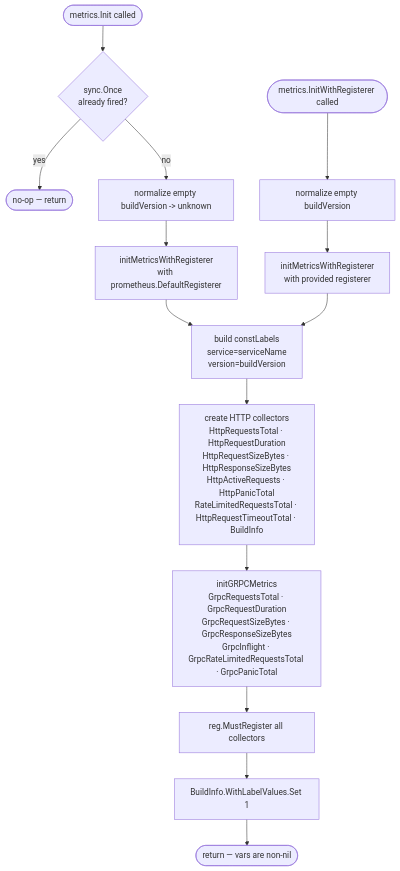
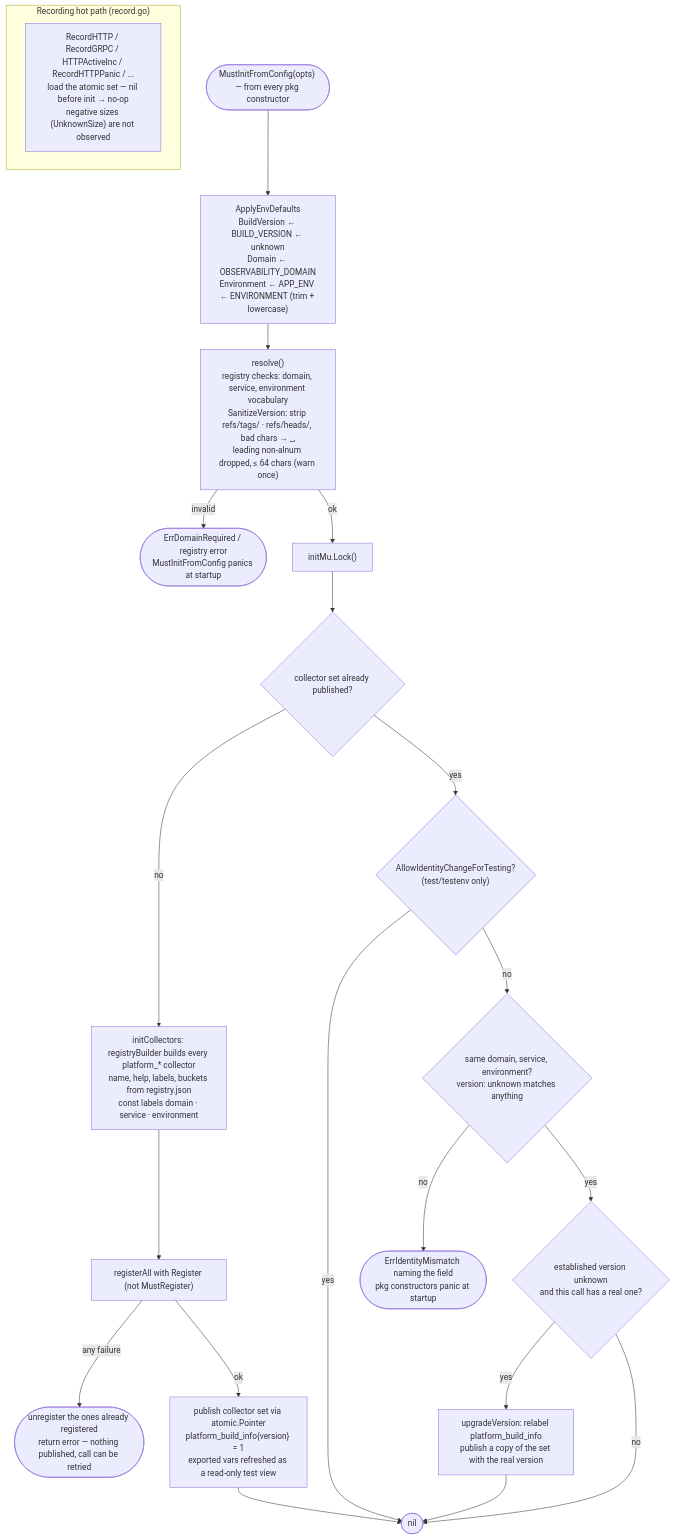
One commit to BCBP-SOLUTIONS-FZC-LLC/platform-gincommon changed diagram 11 of 15 in ARCHITECTURE.md. Above: the diagram before and after it, drawn with Mermaid. The commit also changed other lines of this file and 198 other files, not shown here.

First line of the commit message:
feat!: v1.4.0 — Enterprise Platform Observability Standard + production hardening (#30)

````diff
--- a/ARCHITECTURE.md
+++ b/ARCHITECTURE.md
@@ -411,17 +662,27 @@
 ```mermaid
 flowchart TD
-    A([metrics.Init called]) --> B{sync.Once<br/>already fired?}
-    B -- yes --> Z([no-op — return])
-    B -- no  --> C["normalize empty buildVersion -> unknown"]
-    C --> D[initMetricsWithRegisterer<br/>with prometheus.DefaultRegisterer]
-    D --> E[build constLabels<br/>service=serviceName<br/>version=buildVersion]
-    E --> F[create HTTP collectors<br/>HttpRequestsTotal · HttpRequestDuration<br/>HttpRequestSizeBytes · HttpResponseSizeBytes<br/>HttpActiveRequests · HttpPanicTotal<br/>RateLimitedRequestsTotal · HttpRequestTimeoutTotal · BuildInfo]
-    F --> G[initGRPCMetrics<br/>GrpcRequestsTotal · GrpcRequestDuration<br/>GrpcRequestSizeBytes · GrpcResponseSizeBytes<br/>GrpcInflight · GrpcRateLimitedRequestsTotal · GrpcPanicTotal]
-    G --> H[reg.MustRegister all collectors]
-    H --> I[BuildInfo.WithLabelValues.Set 1]
-    I --> J([return — vars are non-nil])
+    A(["MustInitFromConfig(opts) — from every pkg constructor"]) --> B["ApplyEnvDefaults<br/>BuildVersion ← BUILD_VERSION ← unknown<br/>Domain ← OBSERVABILITY_DOMAIN<br/>Environment ← APP_ENV ← ENVIRONMENT (trim + lowercase)"]
+    B --> C["resolve()<br/>registry checks: domain, service, environment vocabulary<br/>SanitizeVersion: strip refs/tags/ · refs/heads/, bad chars → _,<br/>leading non-alnum dropped, ≤ 64 chars (warn once)"]
+    C -- invalid --> X(["ErrDomainRequired / registry error<br/>MustInitFromConfig panics at startup"])
+    C -- ok --> L["initMu.Lock()"]
+    L --> D{"collector set already published?"}
 
-    A2([metrics.InitWithRegisterer called]) --> C2[normalize empty buildVersion]
-    C2 --> D2[initMetricsWithRegisterer<br/>with provided registerer]
-    D2 --> E
+    D -- no --> E["initCollectors: registryBuilder builds every platform_* collector<br/>name, help, labels, buckets from registry.json<br/>const labels domain · service · environment"]
+    E --> F["registerAll with Register (not MustRegister)"]
+    F -- "any failure" --> RB(["unregister the ones already registered<br/>return error — nothing published, call can be retried"])
+    F -- ok --> G["publish collector set via atomic.Pointer<br/>platform_build_info{version} = 1<br/>exported vars refreshed as a read-only test view"]
+    G --> OK(["nil"])
+
+    D -- yes --> T{"AllowIdentityChangeForTesting?<br/>(test/testenv only)"}
+    T -- yes --> OK
+    T -- no --> M{"same domain, service, environment?<br/>version: unknown matches anything"}
+    M -- no --> MM(["ErrIdentityMismatch naming the field<br/>pkg constructors panic at startup"])
+    M -- yes --> U{"established version unknown<br/>and this call has a real one?"}
+    U -- yes --> UP["upgradeVersion: relabel platform_build_info<br/>publish a copy of the set with the real version"]
+    U -- no --> OK
+    UP --> OK
+
+    subgraph rec["Recording hot path (record.go)"]
+        R1["RecordHTTP / RecordGRPC / HTTPActiveInc / RecordHTTPPanic / ...<br/>load the atomic set — nil before init → no-op<br/>negative sizes (UnknownSize) are not observed"]
+    end
 ```
````
